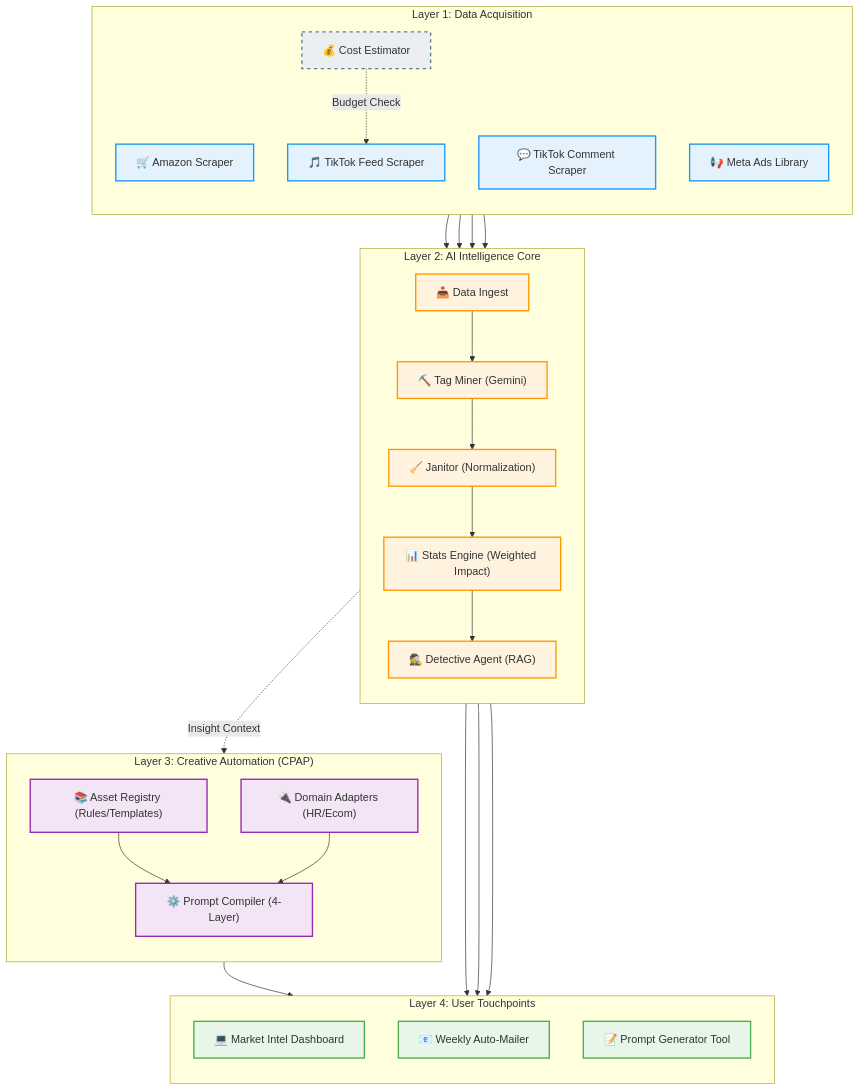
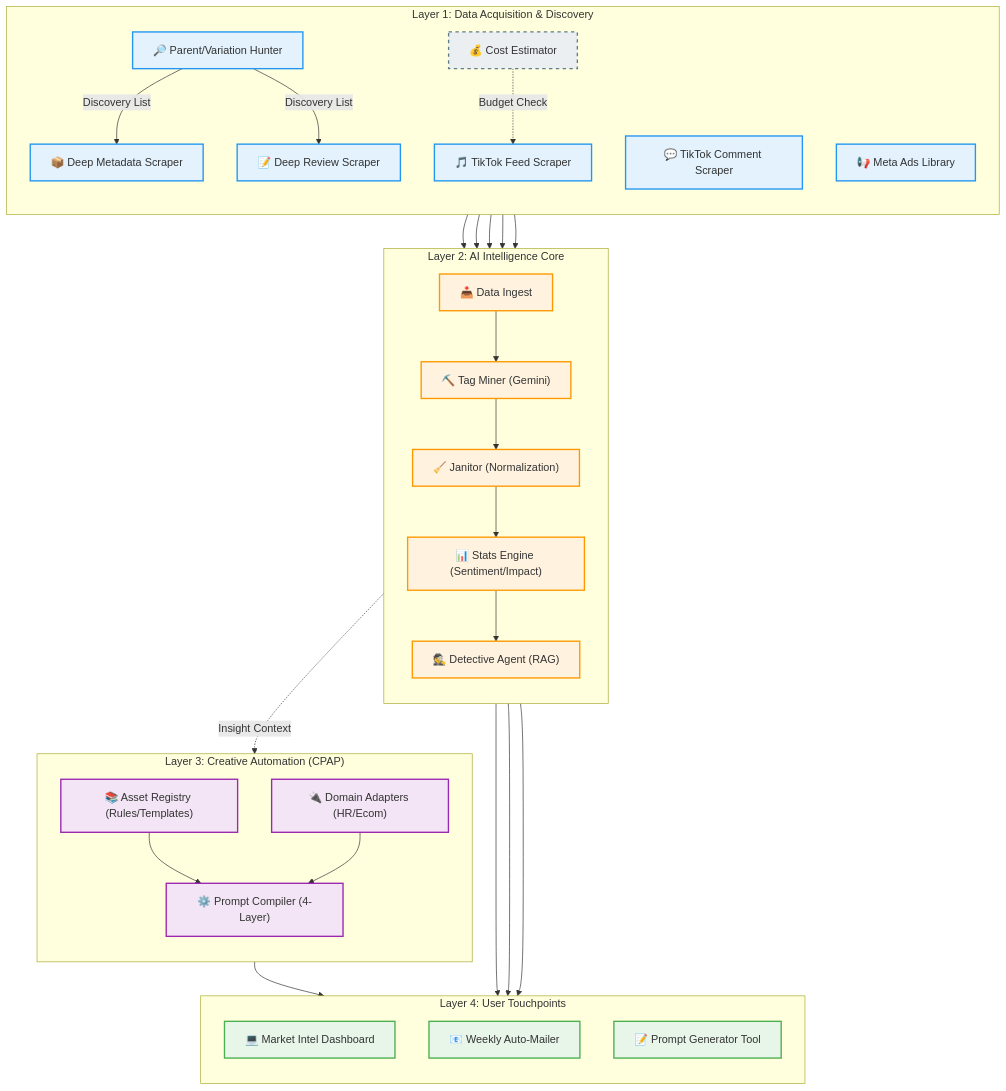
One commit to Daniel-LeTC/AI_market_intel_platform changed the diagram in docs/ECOSYSTEM_NODES_MAP.md. Above: the diagram before and after it, drawn with Mermaid. The commit also changed other lines of this file, not shown here.

Commit message:
docs: expand AI Ecosystem Map with Parent Hunter, Deep Metadata and Review Nodes

````diff
--- a/docs/ECOSYSTEM_NODES_MAP.md
+++ b/docs/ECOSYSTEM_NODES_MAP.md
@@ -10,70 +10,77 @@
 ```mermaid
 graph TD
     %% --- STYLES ---
     classDef acquisition fill:#e3f2fd,stroke:#2196f3,stroke-width:2px;
     classDef intelligence fill:#fff3e0,stroke:#ff9800,stroke-width:2px;
     classDef creative fill:#f3e5f5,stroke:#9c27b0,stroke-width:2px;
     classDef output fill:#e8f5e9,stroke:#4caf50,stroke-width:2px;
     classDef hidden fill:#eceff1,stroke:#607d8b,stroke-width:2px,stroke-dasharray: 5 5;
 
-    %% --- LAYER 1: ACQUISITION (BRIGHT SCRAPER & SOCIAL SCOUT) ---
-    subgraph ACQUISITION ["Layer 1: Data Acquisition"]
+    %% --- LAYER 1: ACQUISITION & DISCOVERY ---
+    subgraph ACQUISITION ["Layer 1: Data Acquisition & Discovery"]
         direction TB
-        Node_Amz["🛒 Amazon Scraper"]:::acquisition
+        Node_Parent_Hunter["🔎 Parent/Variation Hunter"]:::acquisition
+        Node_Metadata_Deep["📦 Deep Metadata Scraper"]:::acquisition
+        Node_Review_Deep["📝 Deep Review Scraper"]:::acquisition
         Node_TikTok_Feed["🎵 TikTok Feed Scraper"]:::acquisition
         Node_TikTok_Comment["💬 TikTok Comment Scraper"]:::acquisition
         Node_Meta_Ads["📢 Meta Ads Library"]:::acquisition
         Node_Social_Pricing["💰 Cost Estimator"]:::hidden
     end
 
-    %% --- LAYER 2: INTELLIGENCE (ANALYSIS ENGINE) ---
+    %% --- LAYER 2: INTELLIGENCE Core ---
     subgraph INTELLIGENCE ["Layer 2: AI Intelligence Core"]
         direction TB
         Node_Ingest["📥 Data Ingest"]:::intelligence
         Node_Miner["⛏️ Tag Miner (Gemini)"]:::intelligence
         Node_Janitor["🧹 Janitor (Normalization)"]:::intelligence
-        Node_Stats["📊 Stats Engine (Weighted Impact)"]:::intelligence
+        Node_Stats["📊 Stats Engine (Sentiment/Impact)"]:::intelligence
         Node_Detective["🕵️ Detective Agent (RAG)"]:::intelligence
     end
 
     %% --- LAYER 3: CREATIVE (CPAP ENGINE) ---
     subgraph CREATIVE ["Layer 3: Creative Automation (CPAP)"]
         direction TB
         Node_Registry["📚 Asset Registry (Rules/Templates)"]:::creative
         Node_Compiler["⚙️ Prompt Compiler (4-Layer)"]:::creative
         Node_Domain_Adapter["🔌 Domain Adapters (HR/Ecom)"]:::creative
     end
 
     %% --- LAYER 4: OUTPUT & INTERACTION ---
     subgraph OUTPUT ["Layer 4: User Touchpoints"]
         direction TB
         UI_Dashboard["💻 Market Intel Dashboard"]:::output
         UI_Mailer["📧 Weekly Auto-Mailer"]:::output
         UI_Prompt_Gen["📝 Prompt Generator Tool"]:::output
     end
 
     %% --- CONNECTIONS ---
-    %% Data Flow
-    Node_Amz --> Node_Ingest
+    %% Acquisition Flow
+    Node_Parent_Hunter -->|Discovery List| Node_Metadata_Deep
+    Node_Parent_Hunter -->|Discovery List| Node_Review_Deep
+    
+    %% Data Flow to Core
+    Node_Metadata_Deep --> Node_Ingest
+    Node_Review_Deep --> Node_Ingest
     Node_TikTok_Feed --> Node_Ingest
     Node_TikTok_Comment --> Node_Ingest
     Node_Meta_Ads --> Node_Ingest
 
     %% Intelligence Flow
     Node_Ingest --> Node_Miner
     Node_Miner --> Node_Janitor
     Node_Janitor --> Node_Stats
     Node_Stats --> Node_Detective
     Node_Stats --> UI_Dashboard
     Node_Detective --> UI_Mailer
     Node_Detective --> UI_Dashboard
 
     %% Creative Flow
     Node_Registry --> Node_Compiler
     Node_Domain_Adapter --> Node_Compiler
     Node_Compiler --> UI_Prompt_Gen
 
     %% Cross-Pollination (Future)
     Node_Detective -.->|Insight Context| Node_Compiler
     Node_Social_Pricing -.->|Budget Check| Node_TikTok_Feed
 ```
````
